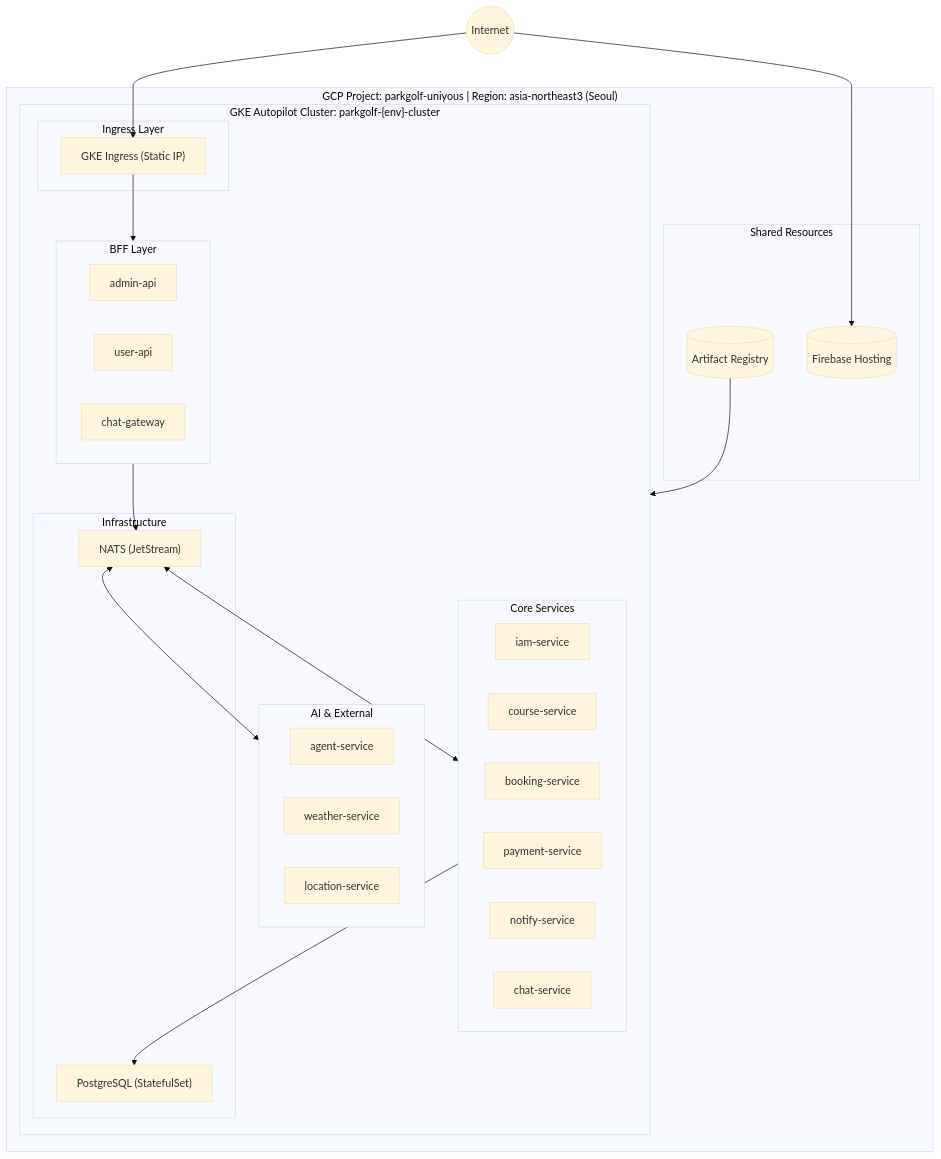
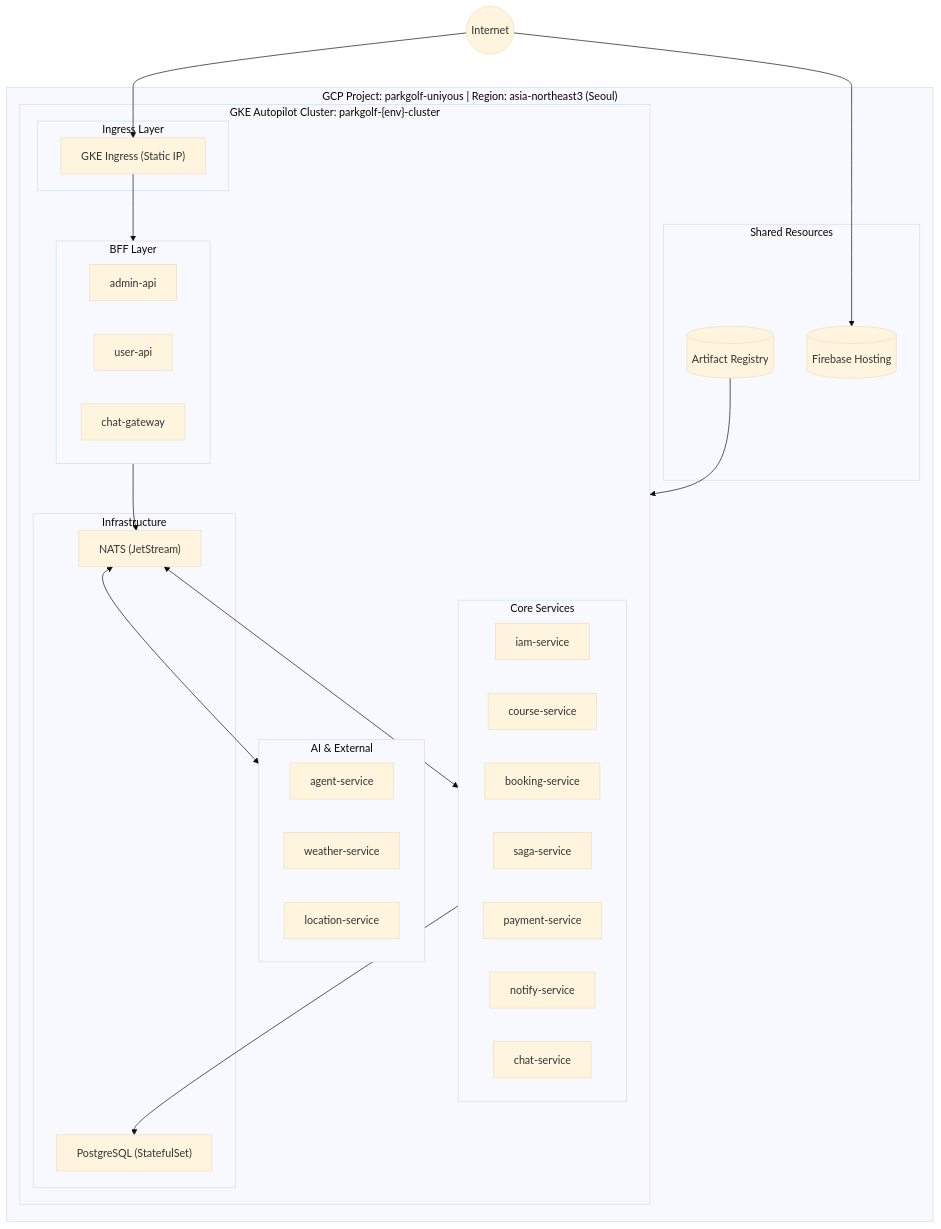
Before and after one commit to uniyous/parkgolf-platform: the first of 2 diagrams in docs/architecture/INFRASTRUCTURE.md, drawn with Mermaid (base theme). The commit also changed other lines of this file and 9 other files, not shown here.

First line of the commit message:
docs: saga-service 독립 분리에 따른 아키텍처/워크플로우 문서 현행화

````diff
--- a/docs/architecture/INFRASTRUCTURE.md
+++ b/docs/architecture/INFRASTRUCTURE.md
@@ -5,50 +5,51 @@
 ```mermaid
 flowchart TB
     subgraph GCP["GCP Project: parkgolf-uniyous | Region: asia-northeast3 (Seoul)"]
         subgraph SHARED["Shared Resources"]
             AR[("Artifact Registry")]
             FH[("Firebase Hosting")]
         end
 
         subgraph GKE["GKE Autopilot Cluster: parkgolf-{env}-cluster"]
             subgraph INGRESS["Ingress Layer"]
                 ING["GKE Ingress (Static IP)"]
             end
 
             subgraph BFF["BFF Layer"]
                 ADMIN_API["admin-api"]
                 USER_API["user-api"]
                 CHAT_GW["chat-gateway"]
             end
 
             subgraph CORE["Core Services"]
                 IAM["iam-service"]
                 COURSE["course-service"]
                 BOOKING["booking-service"]
+                SAGA["saga-service"]
                 PAY["payment-service"]
                 NOTIFY["notify-service"]
                 CHAT["chat-service"]
             end
 
             subgraph EXT["AI & External"]
                 AGENT["agent-service"]
                 WEATHER["weather-service"]
                 LOCATION["location-service"]
             end
 
             subgraph INFRA["Infrastructure"]
                 NATS["NATS (JetStream)"]
                 PG["PostgreSQL (StatefulSet)"]
             end
         end
     end
 
     INTERNET((Internet)) --> FH
     INTERNET --> ING
     ING --> BFF
     BFF --> NATS
     NATS <--> CORE
     NATS <--> EXT
     CORE --> PG
     AR --> GKE
 ```
````
